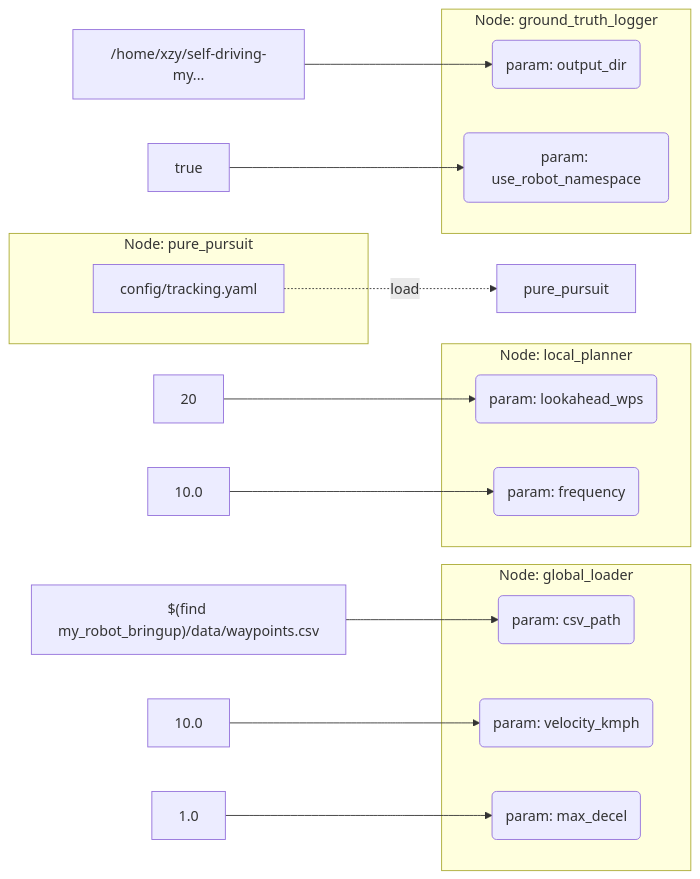
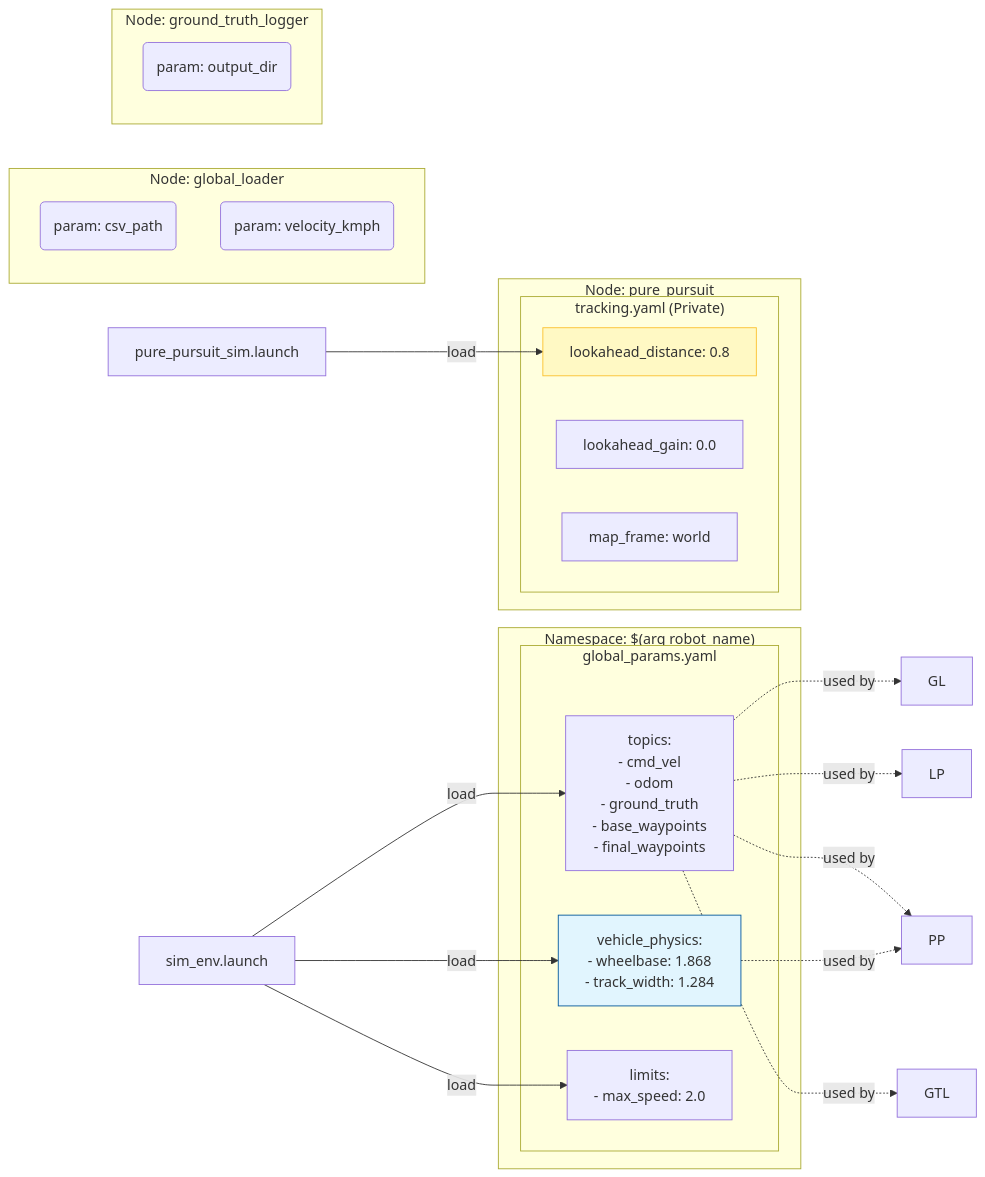
Before and after one commit to xzy2022/ros_ws_ugv: the third of 3 diagrams in architecture copy.md, drawn with Mermaid. The commit also changed other lines of this file and 2 other files, not shown here.

Commit message:
[72]尝试修改launch yaml的加载，失败，全部回退

````diff
--- a/architecture copy.md
+++ b/architecture copy.md
@@ -67,36 +85,60 @@
 ```Mermaid
 graph LR
+    %% --- Global Config Context ---
+    subgraph "Namespace: $(arg robot_name)"
+        subgraph "global_params.yaml"
+            Y_TOPICS["topics:
+            - cmd_vel
+            - odom
+            - ground_truth
+            - base_waypoints
+            - final_waypoints"]
+            
+            Y_PHYS["vehicle_physics:
+            - wheelbase: 1.868
+            - track_width: 1.284"]
+            
+            Y_LIM["limits:
+            - max_speed: 2.0"]
+        end
+    end
+
+    %% --- Node Context ---
+    subgraph "Node: pure_pursuit"
+        subgraph "tracking.yaml (Private)"
+            Y_TRK_LOOK["lookahead_distance: 0.8"]
+            Y_TRK_GAIN["lookahead_gain: 0.0"]
+            Y_TRK_FRAME["map_frame: world"]
+        end
+    end
+
     subgraph "Node: global_loader"
         P_CSV("param: csv_path")
         P_VEL("param: velocity_kmph")
-        P_DEC("param: max_decel")
-    end
-    
-    subgraph "Node: local_planner"
-        P_LOOK("param: lookahead_wps")
-        P_FREQ("param: frequency")
     end
 
     subgraph "Node: ground_truth_logger"
         P_OUT("param: output_dir")
-        P_NS("param: use_robot_namespace")
     end
 
-    subgraph "Node: pure_pursuit"
-        Y_TRK["config/tracking.yaml"]
-    end
+    %% --- Mappings ---
+    %% Sim Env loads global params
+    L_SIM["sim_env.launch"] -->|load| Y_TOPICS
+    L_SIM -->|load| Y_PHYS
+    L_SIM -->|load| Y_LIM
 
-    %% Sources
-    SRC_CSV["$(find my_robot_bringup)/data/waypoints.csv"] --> P_CSV
-    VAL_VEL["10.0"] --> P_VEL
-    VAL_DEC["1.0"] --> P_DEC
+    %% Pure Pursuit loads its private config
+    L_ROOT["pure_pursuit_sim.launch"] -->|load| Y_TRK_LOOK
+
+    %% Implicit Dependency (Nodes reading Global Params)
+    Y_TOPICS -.->|used by| GL
+    Y_TOPICS -.->|used by| LP
+    Y_TOPICS -.->|used by| PP
+    Y_TOPICS -.->|used by| GTL
     
-    VAL_LOOK["20"] --> P_LOOK
-    VAL_FREQ["10.0"] --> P_FREQ
+    Y_PHYS -.->|used by| PP
 
-    SRC_OUT["/home/xzy/self-driving-my..."] --> P_OUT
-    VAL_NS["true"] --> P_NS
-    
-    Y_TRK -.->|load| pure_pursuit
+    style Y_PHYS fill:#e1f5fe,stroke:#01579b
+    style Y_TRK_LOOK fill:#fff9c4,stroke:#fbc02d
 
 ```
````
